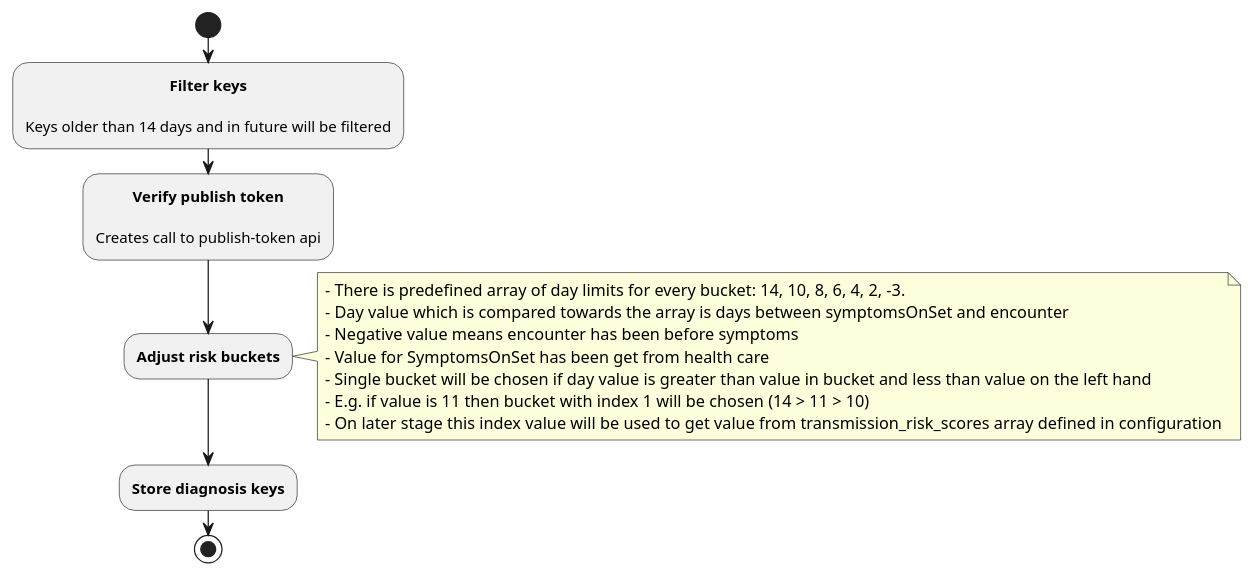
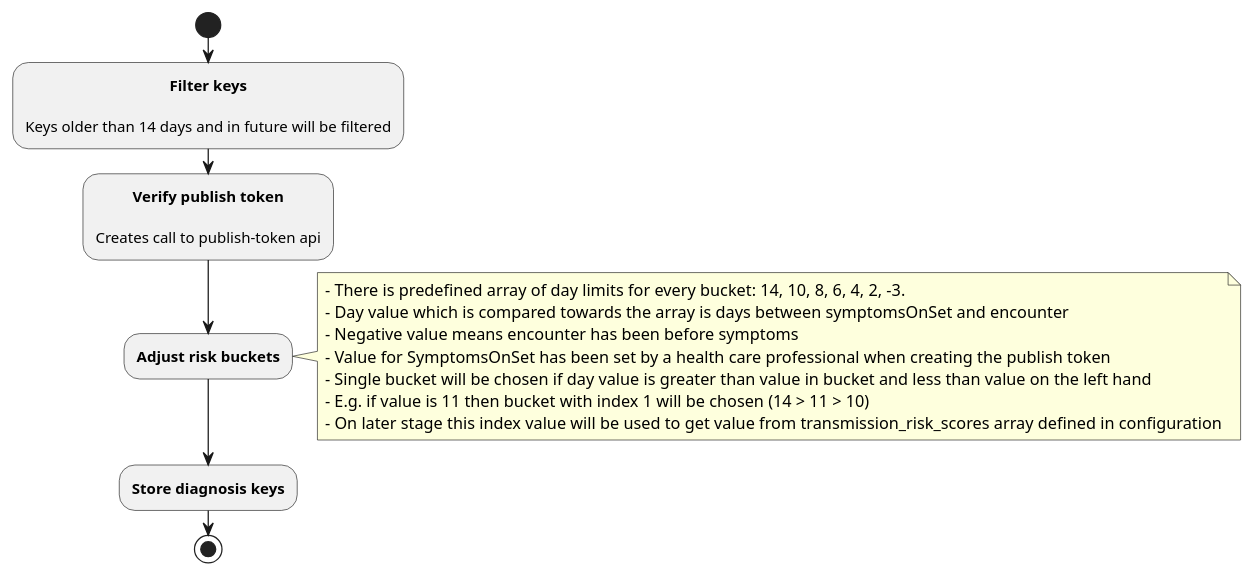
One commit to THLfi/koronavilkku-backend changed the diagram in documentation/plantuml/publish_diagnosis_keys.pu. Above: the diagram before and after it, drawn with PlantUML. The commit also changed 1 other file, not shown here.

```diff
--- a/documentation/plantuml/publish_diagnosis_keys.pu
+++ b/documentation/plantuml/publish_diagnosis_keys.pu
@@ -1,23 +1,23 @@
 @startuml
 skinparam defaultTextAlignment center
 skinparam noteTextAlignment left
 start
 :**Filter keys**
 
 Keys older than 14 days and in future will be filtered;
 :**Verify publish token**
 
 Creates call to publish-token api;
 :**Adjust risk buckets**;
 note right
   - There is predefined array of day limits for every bucket: 14, 10, 8, 6, 4, 2, -3.
   - Day value which is compared towards the array is days between symptomsOnSet and encounter
   - Negative value means encounter has been before symptoms
-  - Value for SymptomsOnSet has been get from health care
+  - Value for SymptomsOnSet has been set by a health care professional when creating the publish token
   - Single bucket will be chosen if day value is greater than value in bucket and less than value on the left hand
   - E.g. if value is 11 then bucket with index 1 will be chosen (14 > 11 > 10)
   - On later stage this index value will be used to get value from transmission_risk_scores array defined in configuration
 end note
 :**Store diagnosis keys**;
 stop
 @enduml
```
